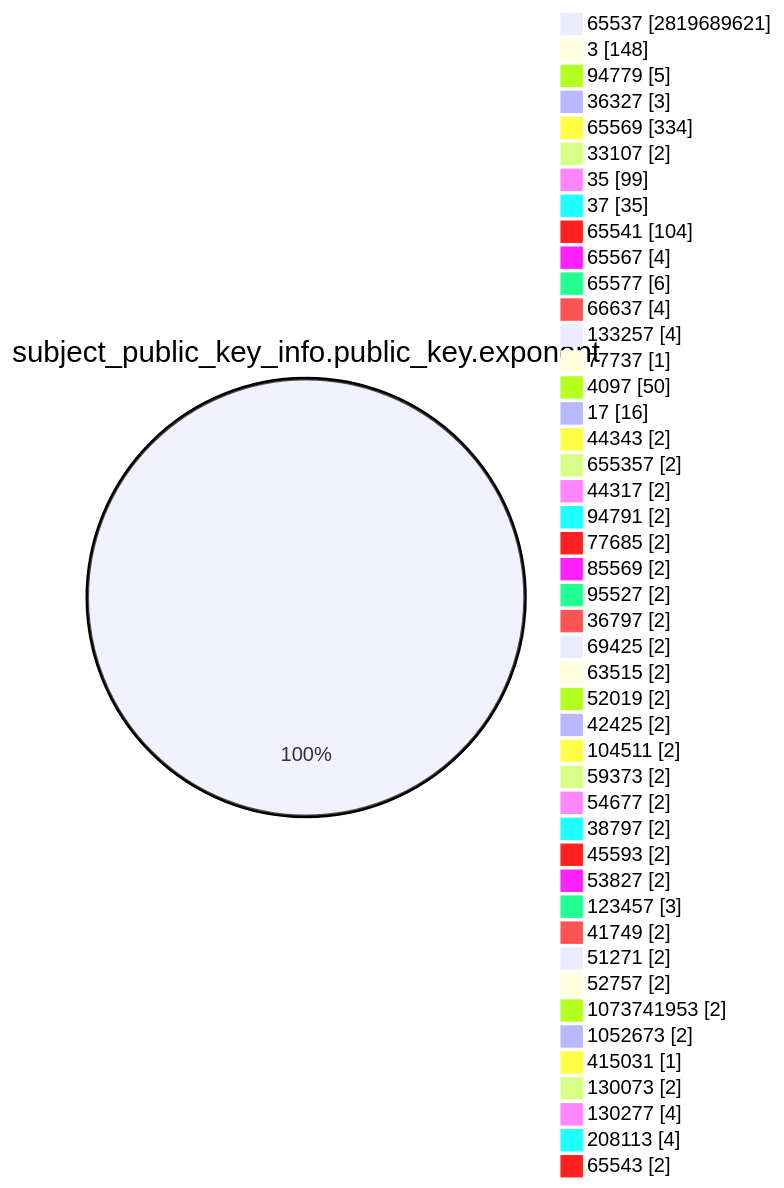
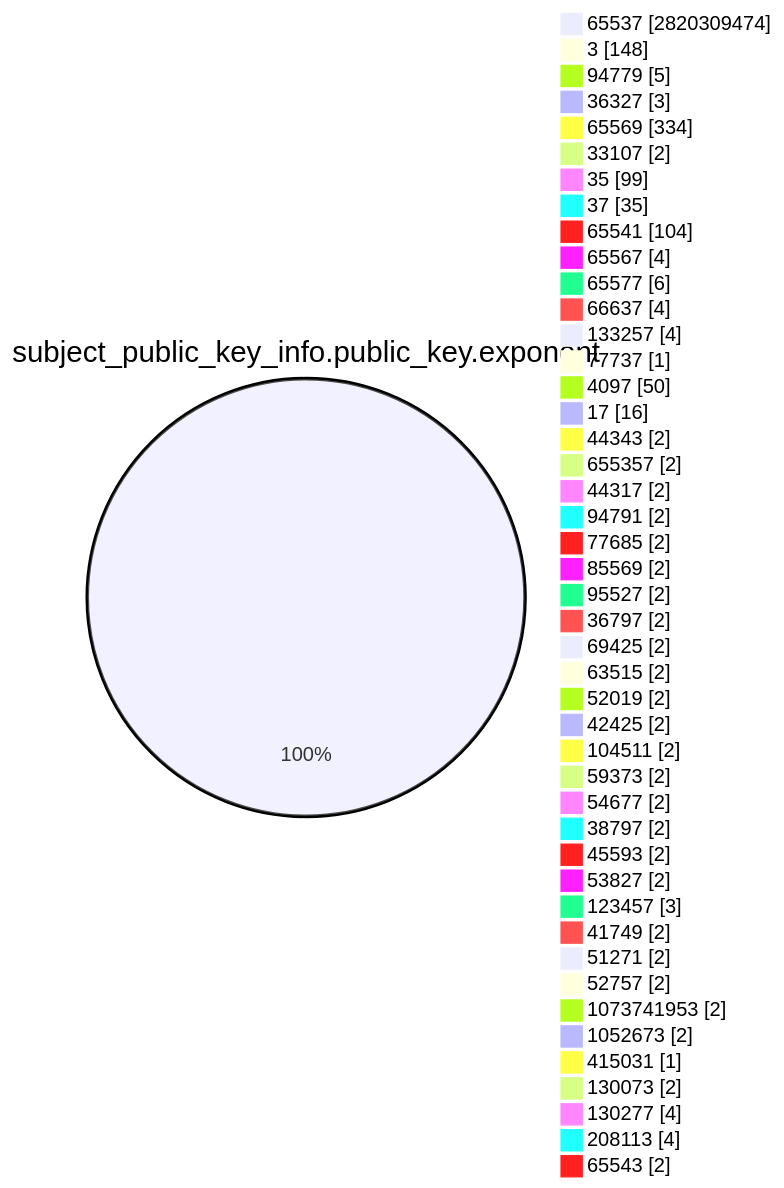
One commit to christiankrug/ctmonitor_visualization changed the fourth of 15 diagrams in TOTAL/README.md. Above: the diagram before and after it, drawn with Mermaid. The commit also changed other lines of this file, not shown here.

````diff
--- a/TOTAL/README.md
+++ b/TOTAL/README.md
@@ -1468,49 +1468,49 @@
 ```mermaid
 pie showData
 title subject_public_key_info.public_key.exponent
-"65537" :2819689621
+"65537" :2820309474
 "3" :148
 "94779" :5
 "36327" :3
 "65569" :334
 "33107" :2
 "35" :99
 "37" :35
 "65541" :104
 "65567" :4
 "65577" :6
 "66637" :4
 "133257" :4
 "77737" :1
 "4097" :50
 "17" :16
 "44343" :2
 "655357" :2
 "44317" :2
 "94791" :2
 "77685" :2
 "85569" :2
 "95527" :2
 "36797" :2
 "69425" :2
 "63515" :2
 "52019" :2
 "42425" :2
 "104511" :2
 "59373" :2
 "54677" :2
 "38797" :2
 "45593" :2
 "53827" :2
 "123457" :3
 "41749" :2
 "51271" :2
 "52757" :2
 "1073741953" :2
 "1052673" :2
 "415031" :1
 "130073" :2
 "130277" :4
 "208113" :4
 "65543" :2
 ```
````
